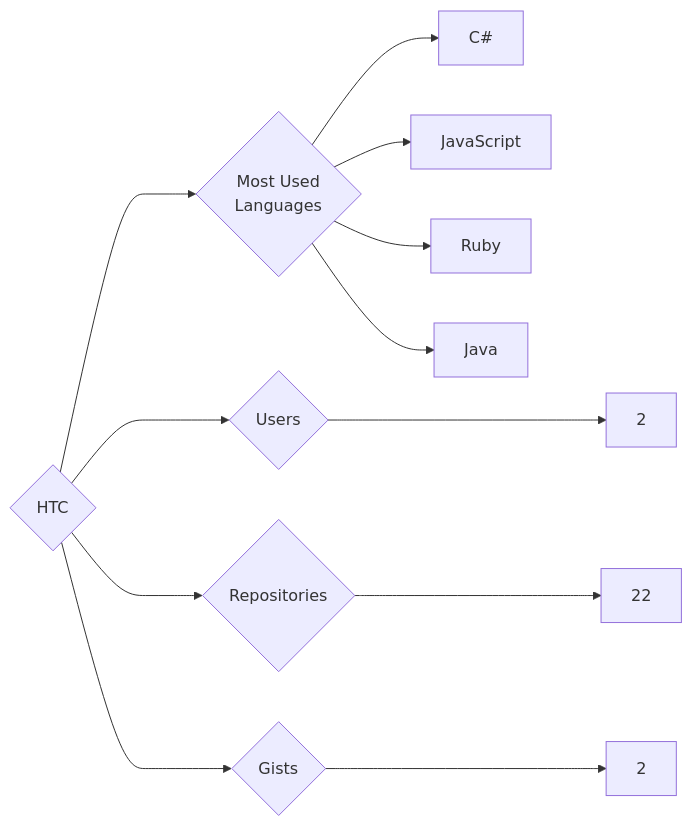
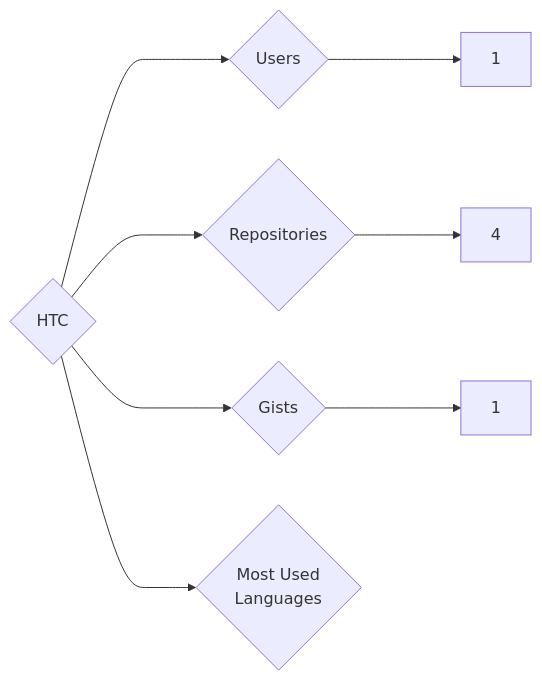
Before and after one commit to trickest/insiders: the diagram in targets/HTC/README.md, drawn with Mermaid. The commit also changed 679 other files, not shown here.

````diff
--- a/targets/HTC/README.md
+++ b/targets/HTC/README.md
@@ -3,12 +3,8 @@
 ```mermaid
 graph LR
 COMPANY_NAME{HTC}
-COMPANY_NAME ---> U{Users} ---> UN[2]
-COMPANY_NAME ---> R{Repositories} ---> RN[22]
-COMPANY_NAME ---> G{Gists} ---> GN[2]
+COMPANY_NAME ---> U{Users} ---> UN[1]
+COMPANY_NAME ---> R{Repositories} ---> RN[4]
+COMPANY_NAME ---> G{Gists} ---> GN[1]
 COMPANY_NAME ---> ML{Most Used<br>Languages}
-ML --> C#[C#]
-ML --> JavaScript[JavaScript]
-ML --> Ruby[Ruby]
-ML --> Java[Java]
 ```
````
